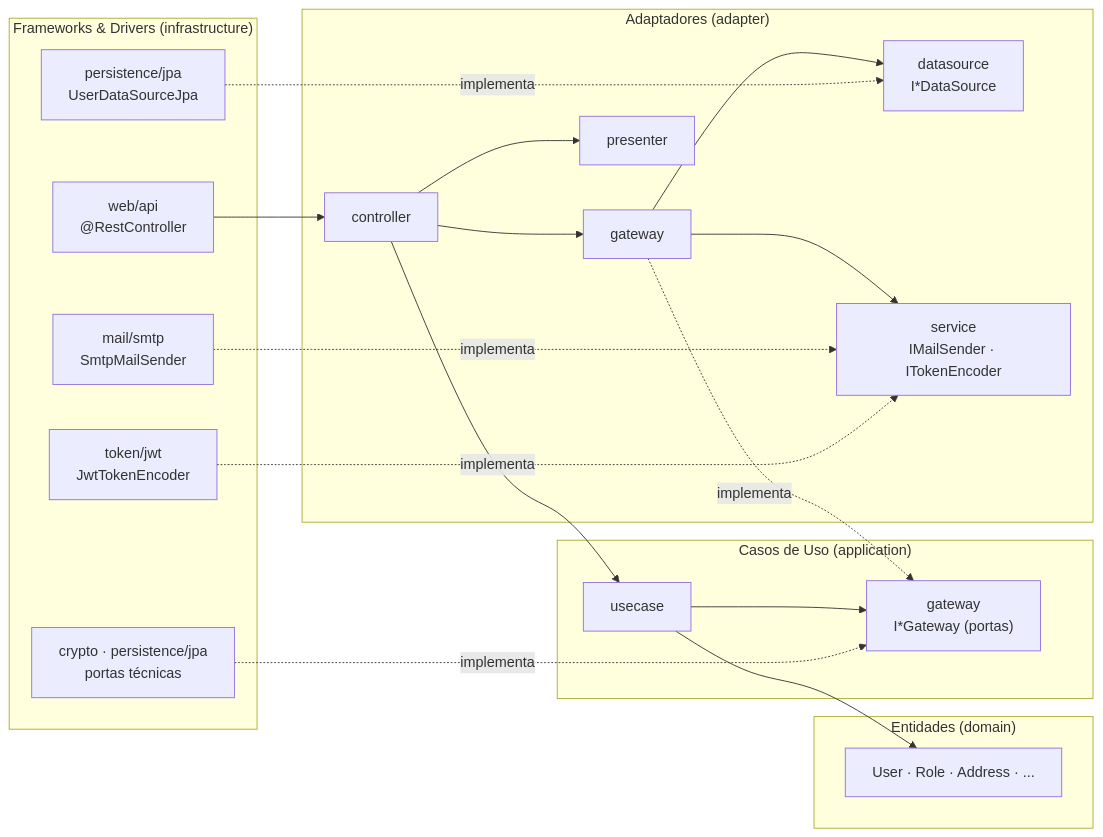
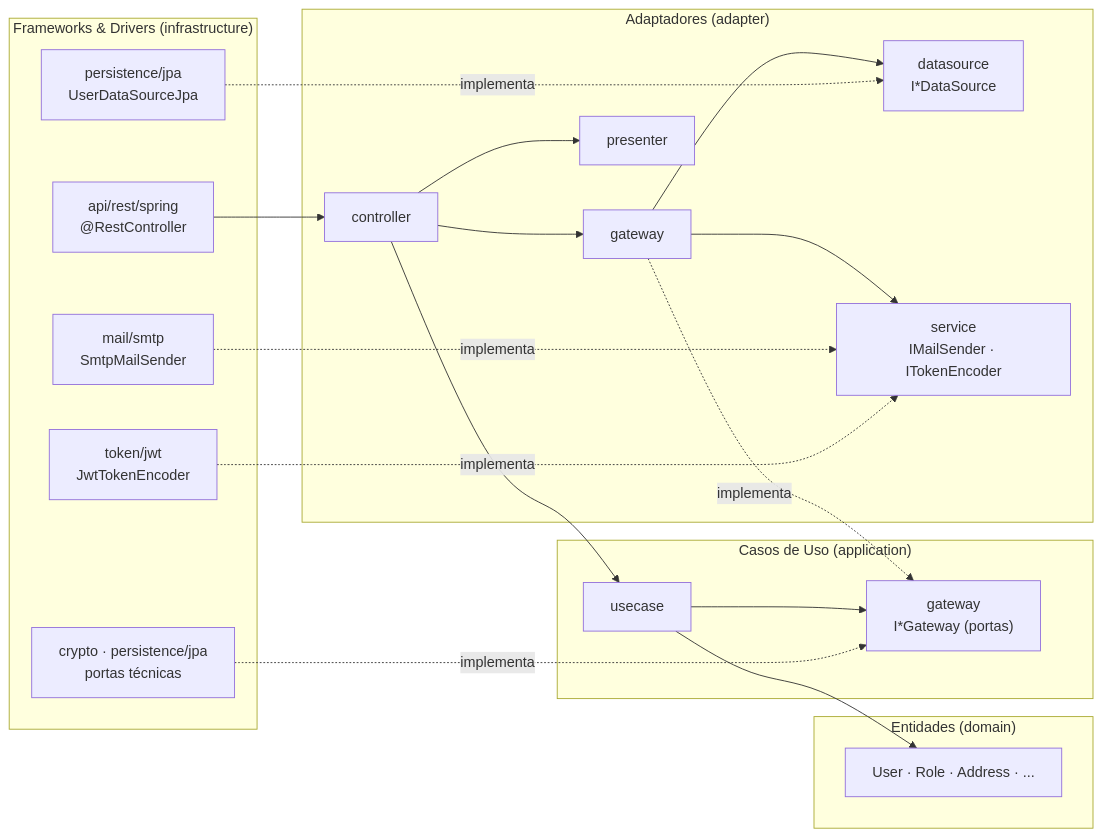
One commit to felipe11dias/postech-fase2-restaurantes-app changed the diagram in docs/arquitetura/00-visao-geral.md. Above: the diagram before and after it, drawn with Mermaid. The commit also changed other lines of this file and 8 other files, not shown here.

First line of the commit message:
docs: registra a etapa 15 - API REST organizada como MVC

````diff
--- a/docs/arquitetura/00-visao-geral.md
+++ b/docs/arquitetura/00-visao-geral.md
@@ -75,37 +75,37 @@
 ```mermaid
 flowchart LR
     subgraph infra["Frameworks & Drivers (infrastructure)"]
-        REST["web/api<br/>@RestController"]
+        REST["api/rest/spring<br/>@RestController"]
         JPA["persistence/jpa<br/>UserDataSourceJpa"]
         SMTP["mail/smtp<br/>SmtpMailSender"]
         JWT["token/jwt<br/>JwtTokenEncoder"]
         TECH["crypto · persistence/jpa<br/>portas técnicas"]
     end
     subgraph adapter["Adaptadores (adapter)"]
         C["controller"]
         G["gateway"]
         DS["datasource<br/>I*DataSource"]
         SV["service<br/>IMailSender · ITokenEncoder"]
         P["presenter"]
     end
     subgraph app["Casos de Uso (application)"]
         UC["usecase"]
         PORT["gateway<br/>I*Gateway (portas)"]
     end
     subgraph dom["Entidades (domain)"]
         E["User · Role · Address · ..."]
     end
     REST --> C
     C --> G
     C --> UC
     C --> P
     UC --> PORT
     UC --> E
     G -. implementa .-> PORT
     G --> DS
     G --> SV
     JPA -. implementa .-> DS
     SMTP -. implementa .-> SV
     JWT -. implementa .-> SV
     TECH -. implementa .-> PORT
 ```
````
